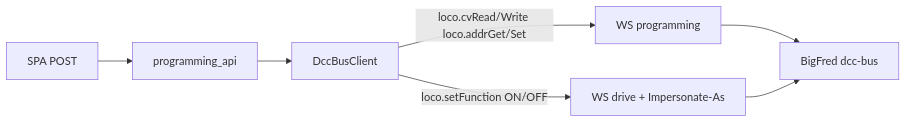
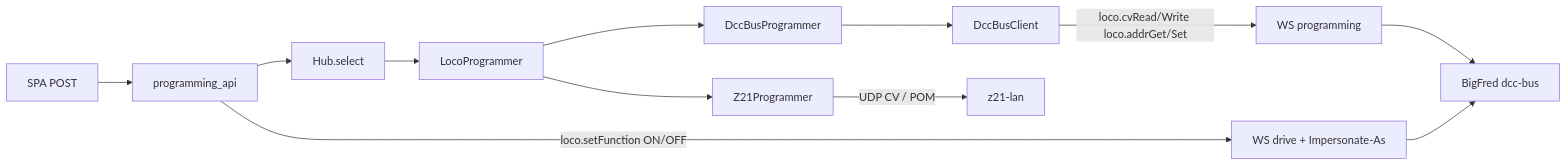
The third of 3 diagrams in ARCHITECTURE.md (dcc-bigfred/bigfred-wizard), drawn with Mermaid before and after one commit. The commit also changed other lines of this file and 7 other files, not shown here.

First line of the commit message:
refactor: unify loco CV programming behind LocoProgrammer trait

````diff
--- a/ARCHITECTURE.md
+++ b/ARCHITECTURE.md
@@ -260,9 +273,14 @@
 ```mermaid
 flowchart LR
     SPA["SPA POST"] --> API["programming_api"]
-    API --> Dcc["DccBusClient"]
+    API --> Hub["Hub.select"]
+    Hub --> Trait["LocoProgrammer"]
+    Trait --> DccP["DccBusProgrammer"]
+    Trait --> Z21P["Z21Programmer"]
+    DccP --> Dcc["DccBusClient"]
     Dcc -->|"loco.cvRead/Write loco.addrGet/Set"| Prog["WS programming"]
-    Dcc -->|"loco.setFunction ON/OFF"| Drive["WS drive + Impersonate-As"]
+    API -->|"loco.setFunction ON/OFF"| Drive["WS drive + Impersonate-As"]
+    Z21P -->|"UDP CV / POM"| Lan["z21-lan"]
     Prog --> BF["BigFred dcc-bus"]
     Drive --> BF
 ```
````
